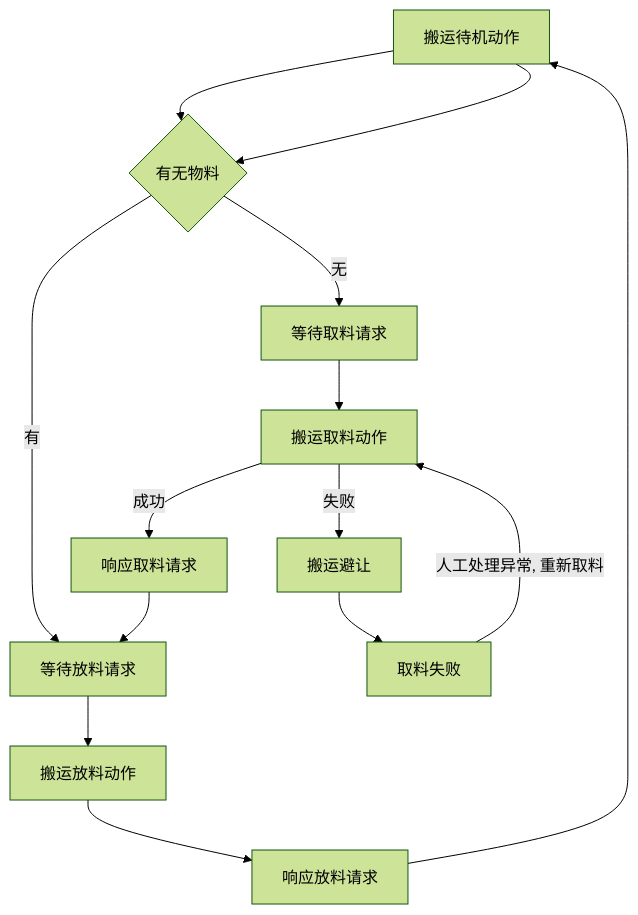
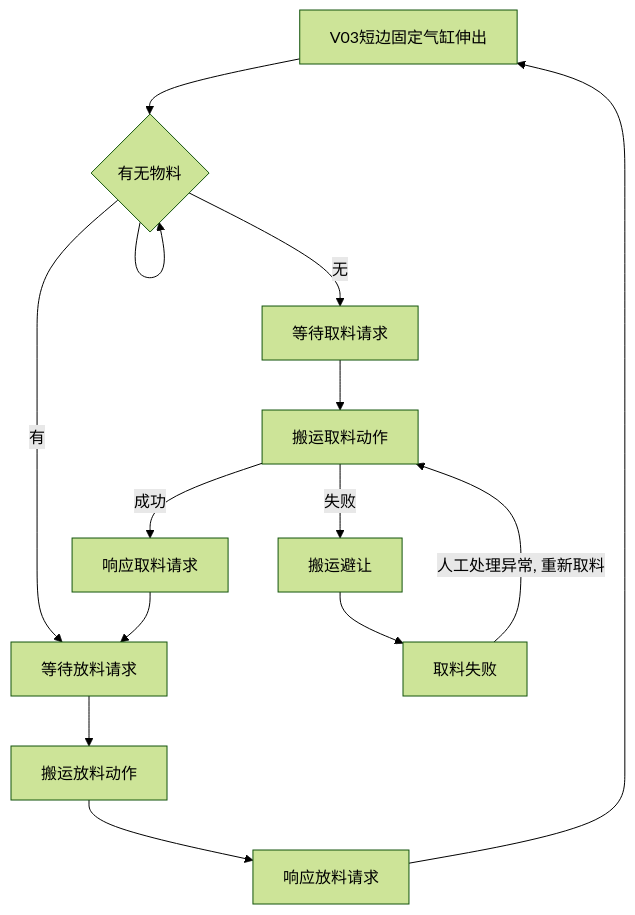
The diagram in all/OP10气缸固定流程.md (PengKun1/iodraw-files), drawn with Mermaid (forest theme) before and after one commit.

Commit message:
2024-08-05 13:49:32 update

````diff
--- a/all/OP10气缸固定流程.md
+++ b/all/OP10气缸固定流程.md
@@ -1,19 +1,19 @@
 ```mermaid
 graph TD
 10[V03短边固定气缸伸出]-->20
-10[搬运待机动作]-->20
+20[V0]-->20
 20{有无物料}-->|无|30
 20-->|有|60
 30[等待取料请求]-->40
 40[搬运取料动作]-->|成功|50
 40-->|失败|90
 50[响应取料请求]-->60
 60[等待放料请求]-->70
 70[搬运放料动作]-->80
 80[响应放料请求]-->10
 
 90[搬运避让]-->900
 
 900[取料失败]-->|人工处理异常, 重新取料|40
   
 ```
````
